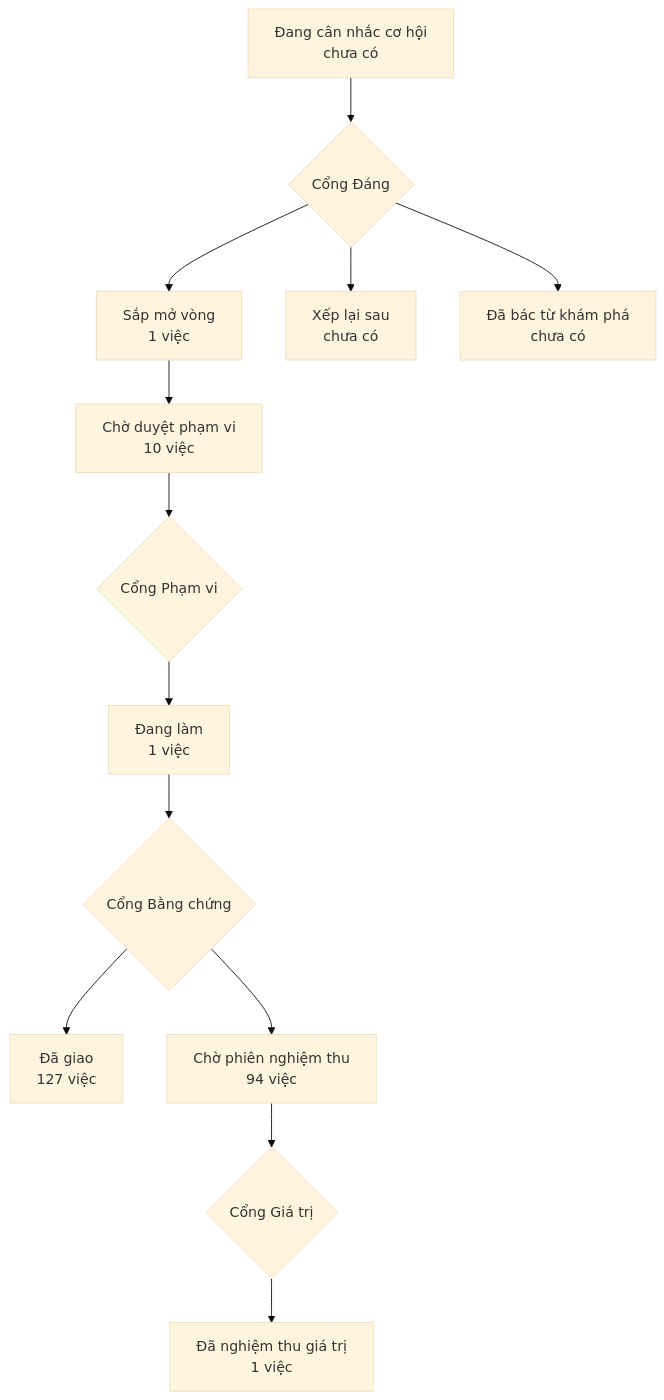
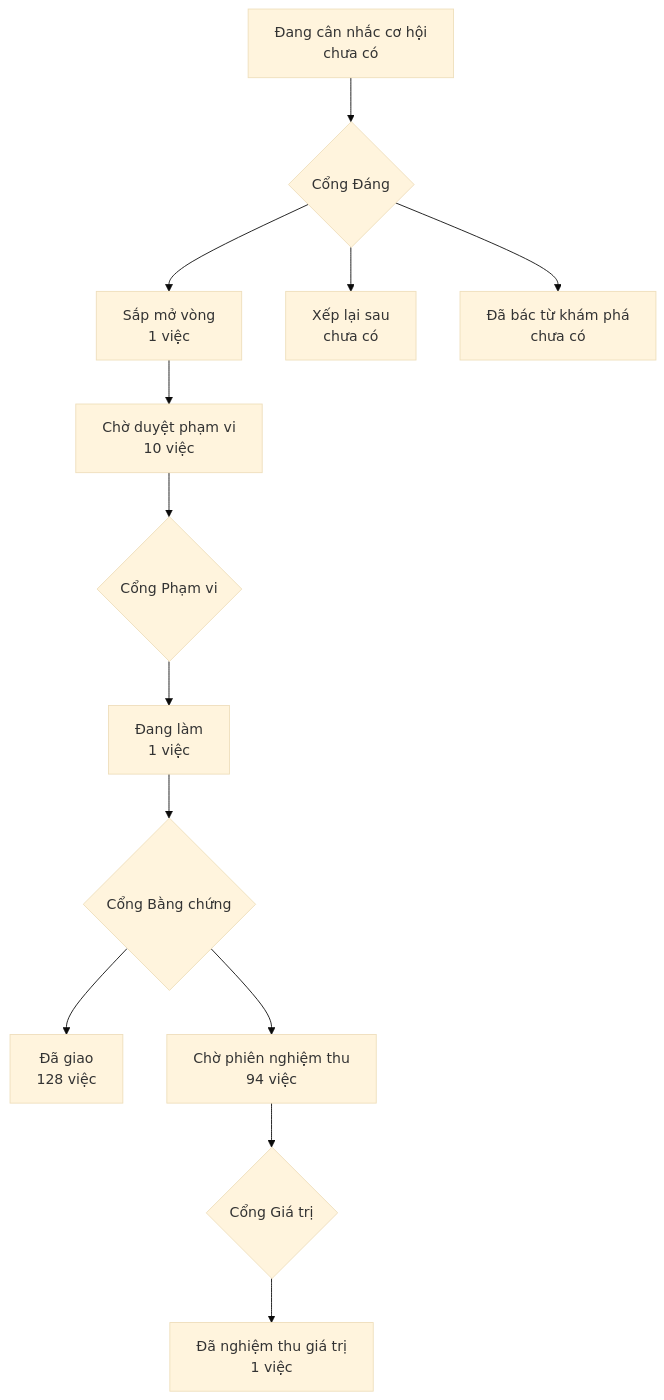
The diagram in PRODUCT-MAP.md (phanlemanh/onehub-invest), drawn with Mermaid (base theme) before and after one commit. The commit also changed other lines of this file and 1 other file, not shown here.

Commit message:
chore(hop-dong-nguoi-ban-s06): vẽ lại bản đồ sau khi gộp main

````diff
--- a/PRODUCT-MAP.md
+++ b/PRODUCT-MAP.md
@@ -7,12 +7,12 @@
 ```mermaid
 flowchart TD
   A["Đang cân nhắc cơ hội<br/>chưa có"] --> GD{"Cổng Đáng"}
   GD --> B["Sắp mở vòng<br/>1 việc"]
   GD --> XL["Xếp lại sau<br/>chưa có"]
   GD --> DB["Đã bác từ khám phá<br/>chưa có"]
   B --> CD["Chờ duyệt phạm vi<br/>10 việc"] --> GP{"Cổng Phạm vi"}
   GP --> DL["Đang làm<br/>1 việc"] --> GB{"Cổng Bằng chứng"}
-  GB --> DG["Đã giao<br/>127 việc"]
+  GB --> DG["Đã giao<br/>128 việc"]
   GB --> CN["Chờ phiên nghiệm thu<br/>94 việc"] --> GG{"Cổng Giá trị"}
   GG --> NT["Đã nghiệm thu giá trị<br/>1 việc"]
 ```
````
